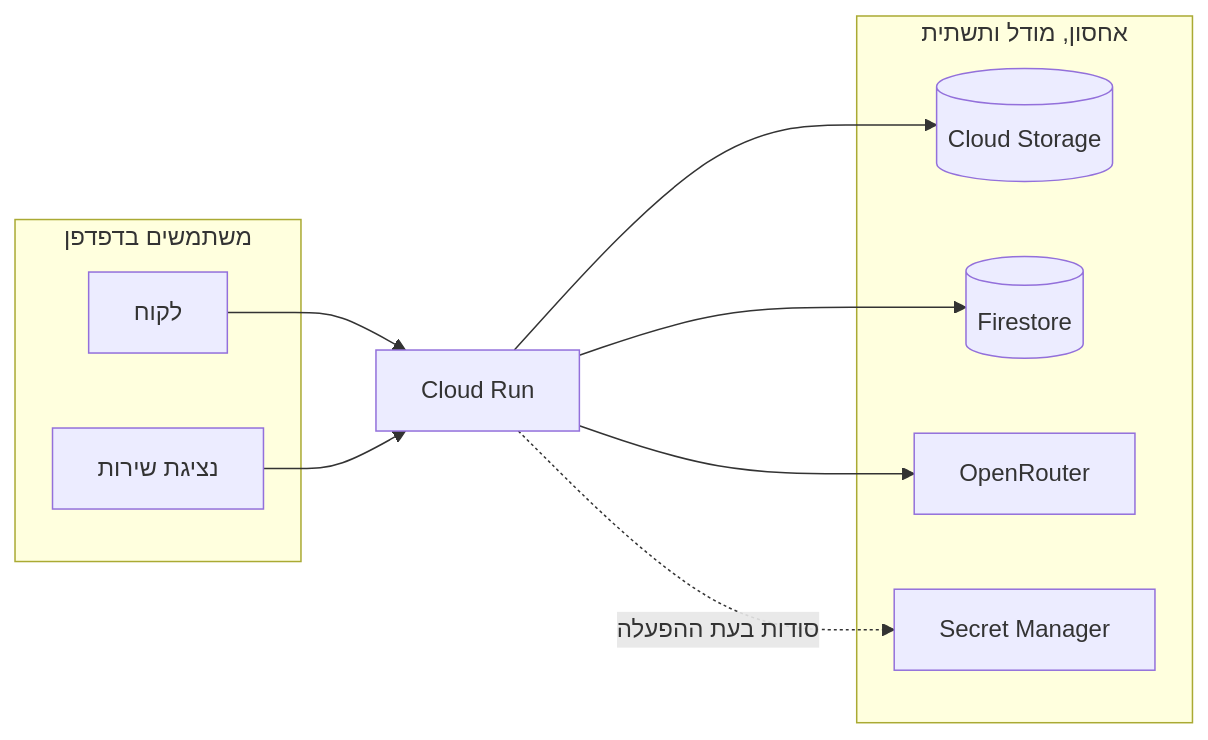
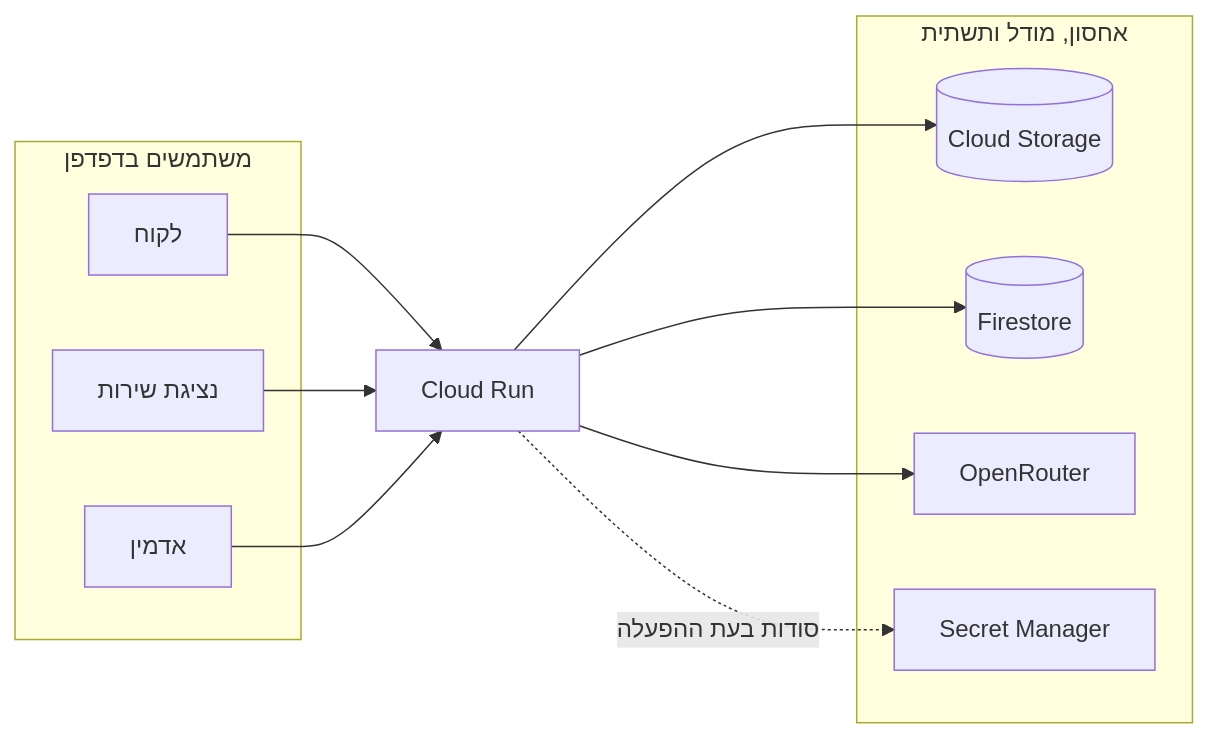
The diagram in README.md (almaya-ai/customer_support_chatbot), drawn with Mermaid before and after one commit. The commit also changed other lines of this file and 14 other files, not shown here.

````diff
--- a/README.md
+++ b/README.md
@@ -16,19 +18,21 @@
 ```mermaid
 flowchart LR
     subgraph users["משתמשים בדפדפן"]
         customer["לקוח"]
         agent["נציגת שירות"]
+        admin["אדמין"]
     end
     customer --> run["Cloud Run"]
     agent --> run
+    admin --> run
     subgraph services["אחסון, מודל ותשתית"]
         files[("Cloud Storage")]
         records[("Firestore")]
         model["OpenRouter"]
         secret["Secret Manager"]
     end
     run --> files
     run --> records
     run --> model
     run -.->|סודות בעת ההפעלה| secret
 ```
````
